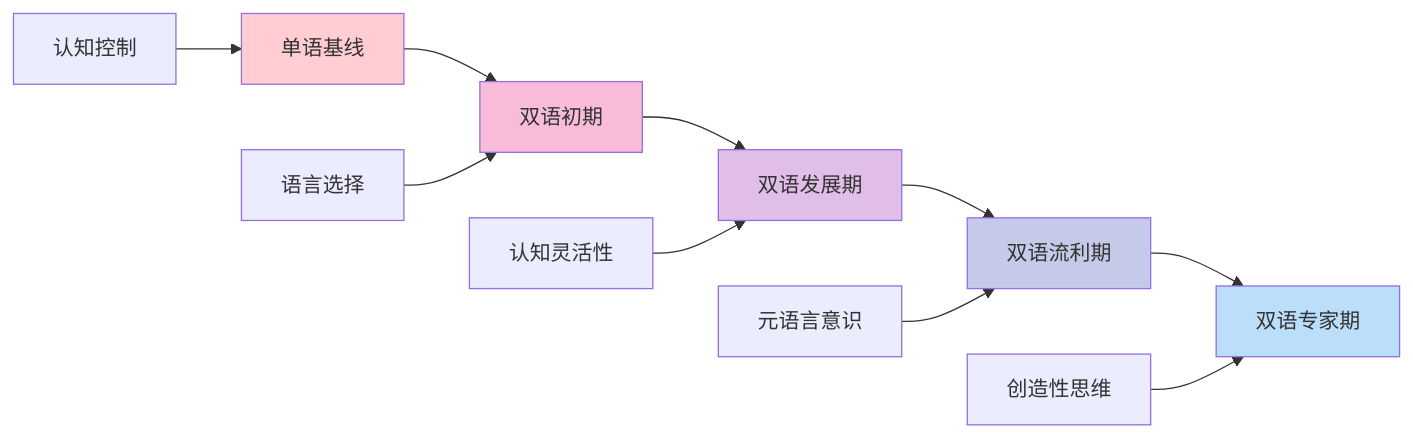
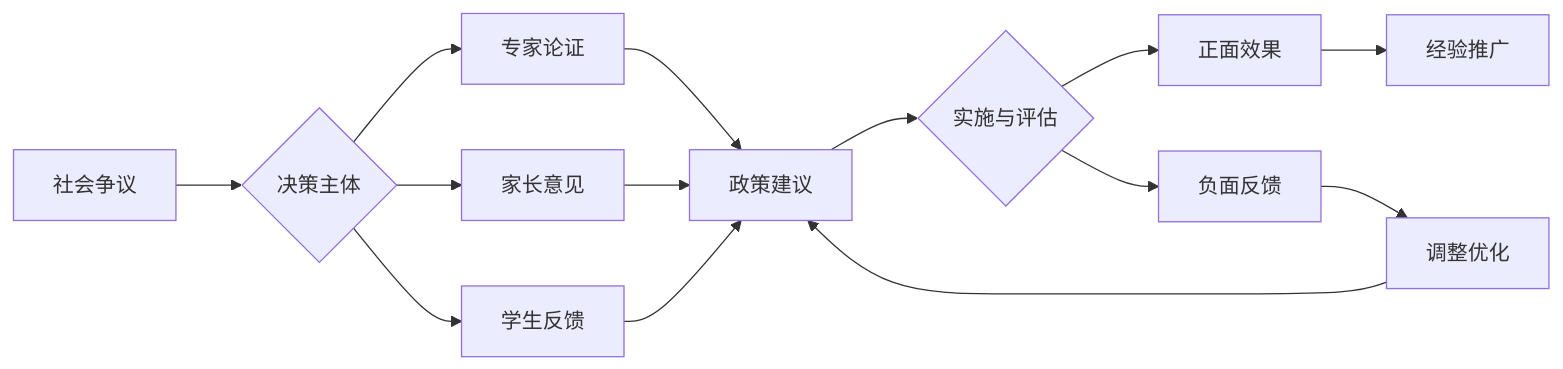
Before and after one commit to AdaMartin18010/SeniorEnducation: the sixth of 9 diagrams in 02-核心学科理论/03-语言学习与认知发展.md, drawn with Mermaid. The commit also changed other lines of this file and 37 other files, not shown here.

````diff
--- a/02-核心学科理论/03-语言学习与认知发展.md
+++ b/02-核心学科理论/03-语言学习与认知发展.md
@@ -268,19 +298,16 @@
 ```mermaid
 graph LR
-    A[单语基线] --> B[双语初期]
-    B --> C[双语发展期]
-    C --> D[双语流利期]
-    D --> E[双语专家期]
-    
-    A1[认知控制] --> A
-    B1[语言选择] --> B
-    C1[认知灵活性] --> C
-    D1[元语言意识] --> D
-    E1[创造性思维] --> E
-    
-    style A fill:#ffcdd2
-    style B fill:#f8bbd9
-    style C fill:#e1bee7
-    style D fill:#c5cae9
-    style E fill:#bbdefb
+    A[社会争议] --> B{决策主体}
+    B --> C[专家论证]
+    B --> D[家长意见]
+    B --> E[学生反馈]
+    C --> F[政策建议]
+    D --> F
+    E --> F
+    F --> G{实施与评估}
+    G --> H[正面效果]
+    G --> I[负面反馈]
+    I --> J[调整优化]
+    H --> K[经验推广]
+    J --> F
 ```
````
